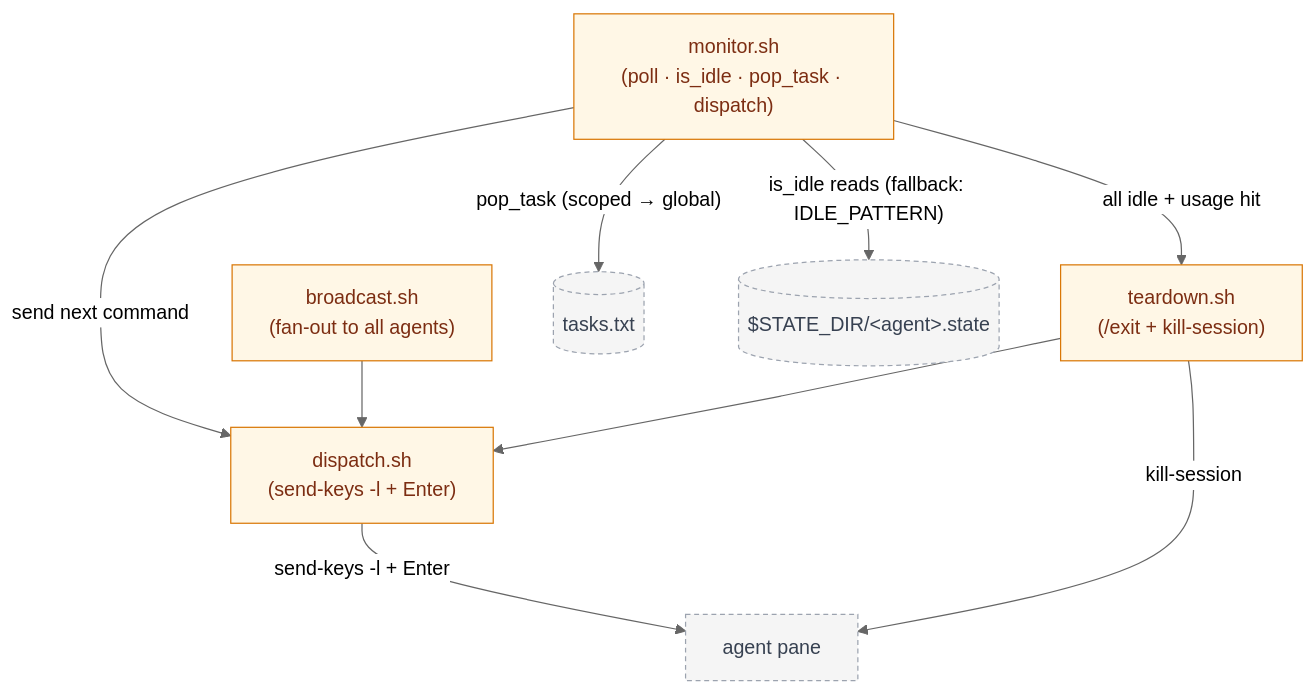
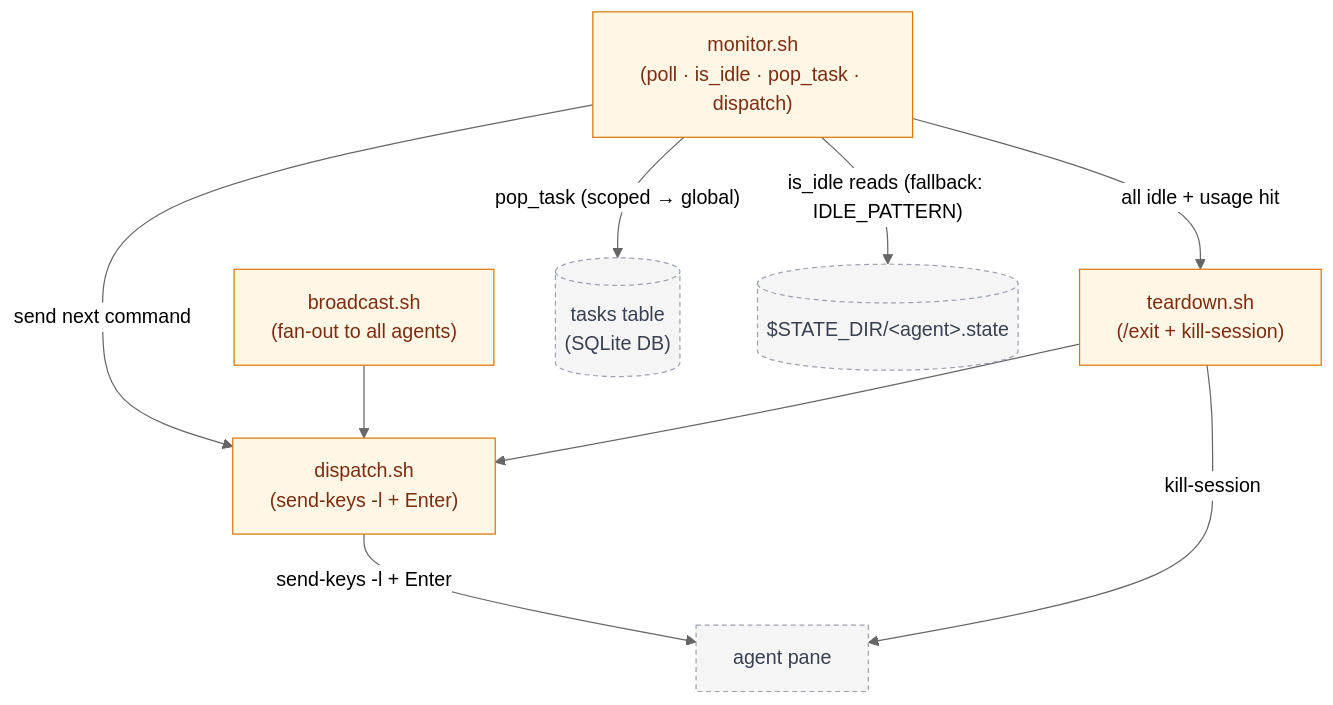
One commit to codewizard-dt/tmux-conductor changed the second of 3 diagrams in scripts/README.md. Above: the diagram before and after it, drawn with Mermaid (neutral theme). The commit also changed other lines of this file and 91 other files, not shown here.

Commit message:
[minor] Complete SQLite cutover (ROADMAP-001) and portal scaffold (ROADMAP-002); bump versions (2.1.0, 1.1.0, 0.2.0)

````diff
--- a/scripts/README.md
+++ b/scripts/README.md
@@ -42,23 +42,23 @@
 ```mermaid
 flowchart TD
   Monitor["monitor.sh<br/>(poll · is_idle · pop_task · dispatch)"]
   Dispatch["dispatch.sh<br/>(send-keys -l + Enter)"]
   Broadcast["broadcast.sh<br/>(fan-out to all agents)"]
   Teardown["teardown.sh<br/>(/exit + kill-session)"]
   Pane["agent pane"]:::ext
-  Queue[("tasks.txt")]:::ext
+  Queue[("tasks table\n(SQLite DB)")]:::ext
   State[("$STATE_DIR/&lt;agent&gt;.state")]:::ext
 
   Monitor -->|"is_idle reads (fallback: IDLE_PATTERN)"| State
   Monitor -->|"pop_task (scoped → global)"| Queue
   Monitor -->|"send next command"| Dispatch
   Dispatch -->|"send-keys -l + Enter"| Pane
   Broadcast --> Dispatch
   Monitor -->|"all idle + usage hit"| Teardown
   Teardown --> Dispatch
   Teardown -->|"kill-session"| Pane
 
   classDef own fill:#fff7e6,stroke:#d97706,color:#7c2d12
   classDef ext fill:#f5f5f5,stroke:#9ca3af,color:#374151,stroke-dasharray:4 3
   class Monitor,Dispatch,Broadcast,Teardown own
 ```
````
